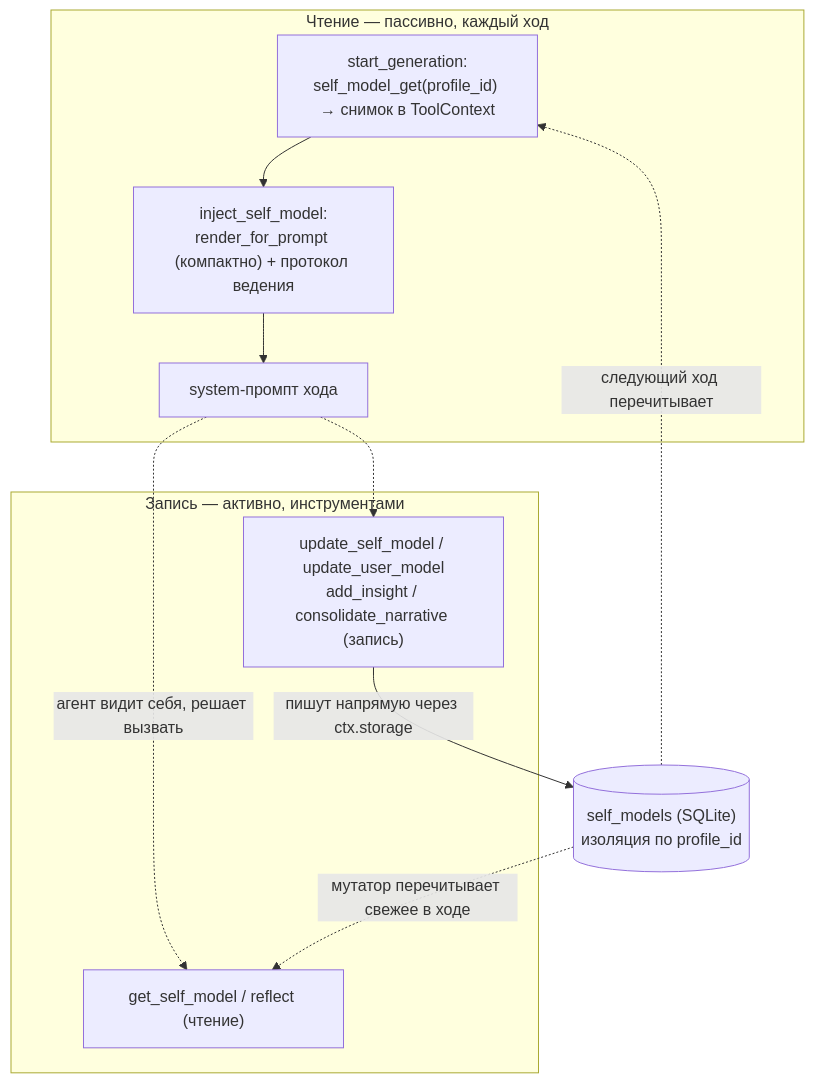
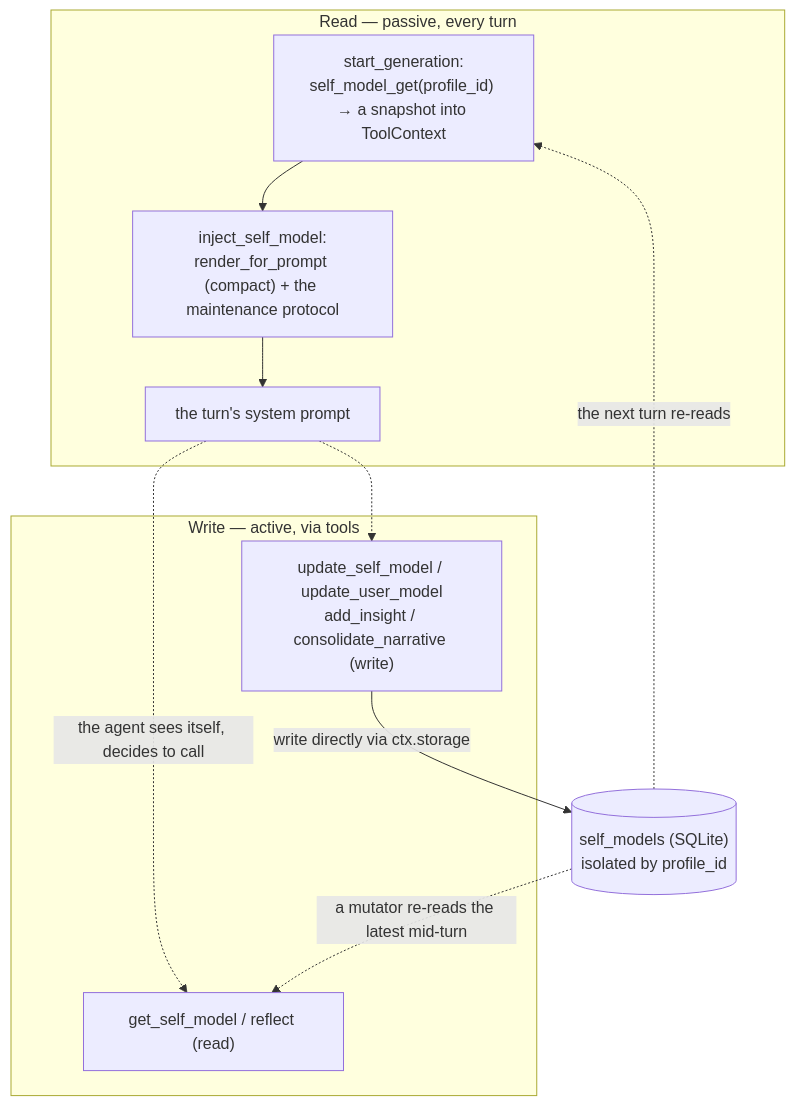
Before and after one commit to vshylov/mindfork-rs: diagram 12 of 17 in docs/architecture.md, drawn with Mermaid. The commit also changed other lines of this file and 18 other files, not shown here.

````diff
--- a/docs/architecture.md
+++ b/docs/architecture.md
@@ -1102,19 +1175,19 @@
 ```mermaid
 flowchart TB
-    subgraph READ["Чтение — пассивно, каждый ход"]
-        SNAP["start_generation:<br/>self_model_get(profile_id) → снимок в ToolContext"]
-        INJ["inject_self_model:<br/>render_for_prompt (компактно) + протокол ведения"]
-        SYS["system-промпт хода"]
+    subgraph READ["Read — passive, every turn"]
+        SNAP["start_generation:<br/>self_model_get(profile_id) → a snapshot into ToolContext"]
+        INJ["inject_self_model:<br/>render_for_prompt (compact) + the maintenance protocol"]
+        SYS["the turn's system prompt"]
         SNAP --> INJ --> SYS
     end
-    subgraph WRITE["Запись — активно, инструментами"]
-        RD["get_self_model / reflect (чтение)"]
-        WR["update_self_model / update_user_model<br/>add_insight / consolidate_narrative (запись)"]
+    subgraph WRITE["Write — active, via tools"]
+        RD["get_self_model / reflect (read)"]
+        WR["update_self_model / update_user_model<br/>add_insight / consolidate_narrative (write)"]
     end
-    DB[("self_models (SQLite)<br/>изоляция по profile_id")]
-    SYS -.->|"агент видит себя, решает вызвать"| RD
+    DB[("self_models (SQLite)<br/>isolated by profile_id")]
+    SYS -.->|"the agent sees itself, decides to call"| RD
     SYS -.-> WR
-    WR -->|"пишут напрямую через ctx.storage"| DB
-    DB -.->|"следующий ход перечитывает"| SNAP
-    DB -.->|"мутатор перечитывает свежее в ходе"| RD
+    WR -->|"write directly via ctx.storage"| DB
+    DB -.->|"the next turn re-reads"| SNAP
+    DB -.->|"a mutator re-reads the latest mid-turn"| RD
 ```
````
